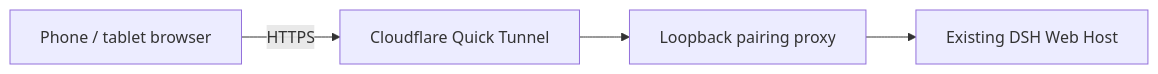
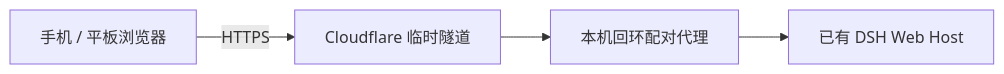
Before and after one commit to slicenferqin/dsh-remote-control: the diagram in README.md, drawn with Mermaid. The commit also changed other lines of this file and 4 other files, not shown here.

````diff
--- a/README.md
+++ b/README.md
@@ -11,6 +19,6 @@
 ```mermaid
 flowchart LR
-  Phone["Phone / tablet browser"] -->|HTTPS| Tunnel["Cloudflare Quick Tunnel"]
-  Tunnel --> Bridge["Loopback pairing proxy"]
-  Bridge --> DSH["Existing DSH Web Host"]
+  Phone["手机 / 平板浏览器"] -->|HTTPS| Tunnel["Cloudflare 临时隧道"]
+  Tunnel --> Bridge["本机回环配对代理"]
+  Bridge --> DSH["已有 DSH Web Host"]
 ```
````
